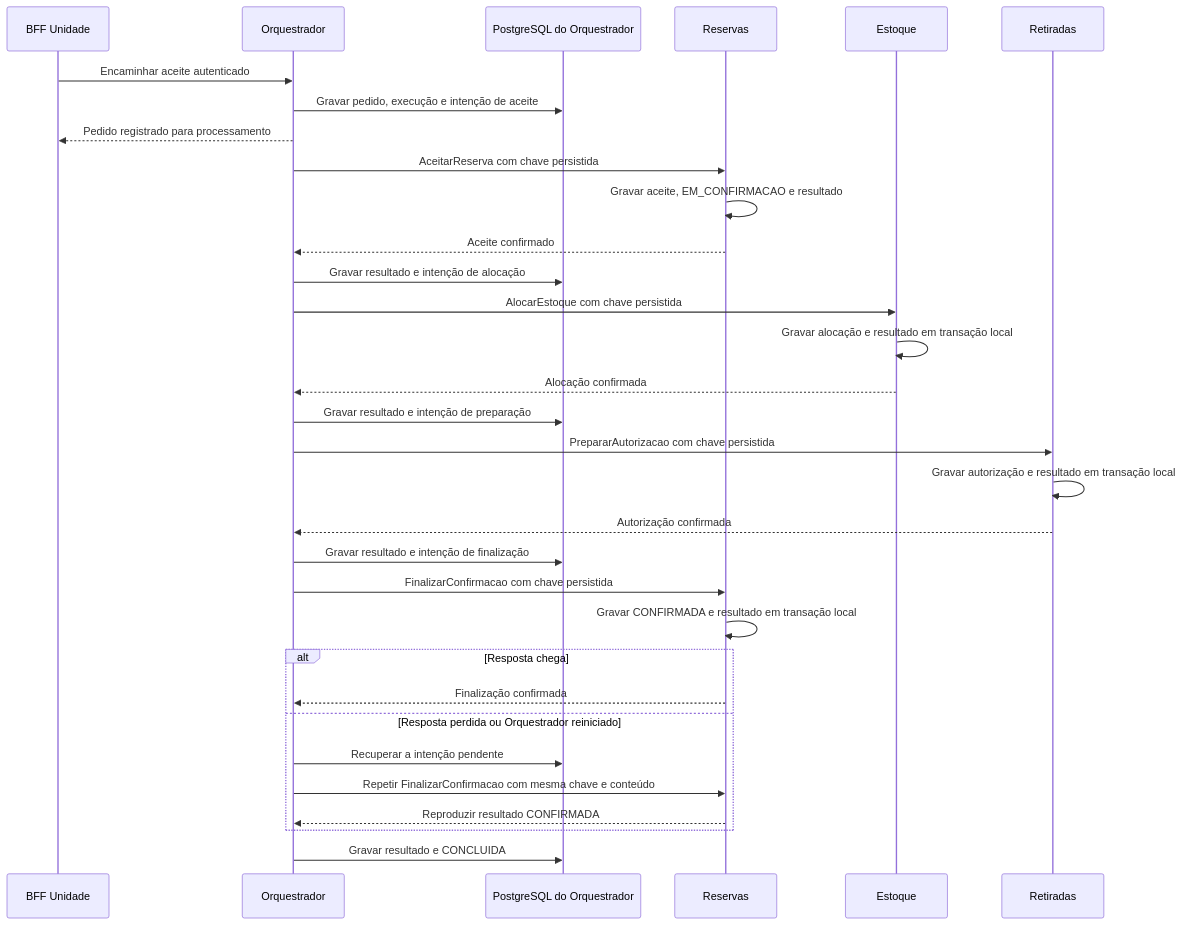
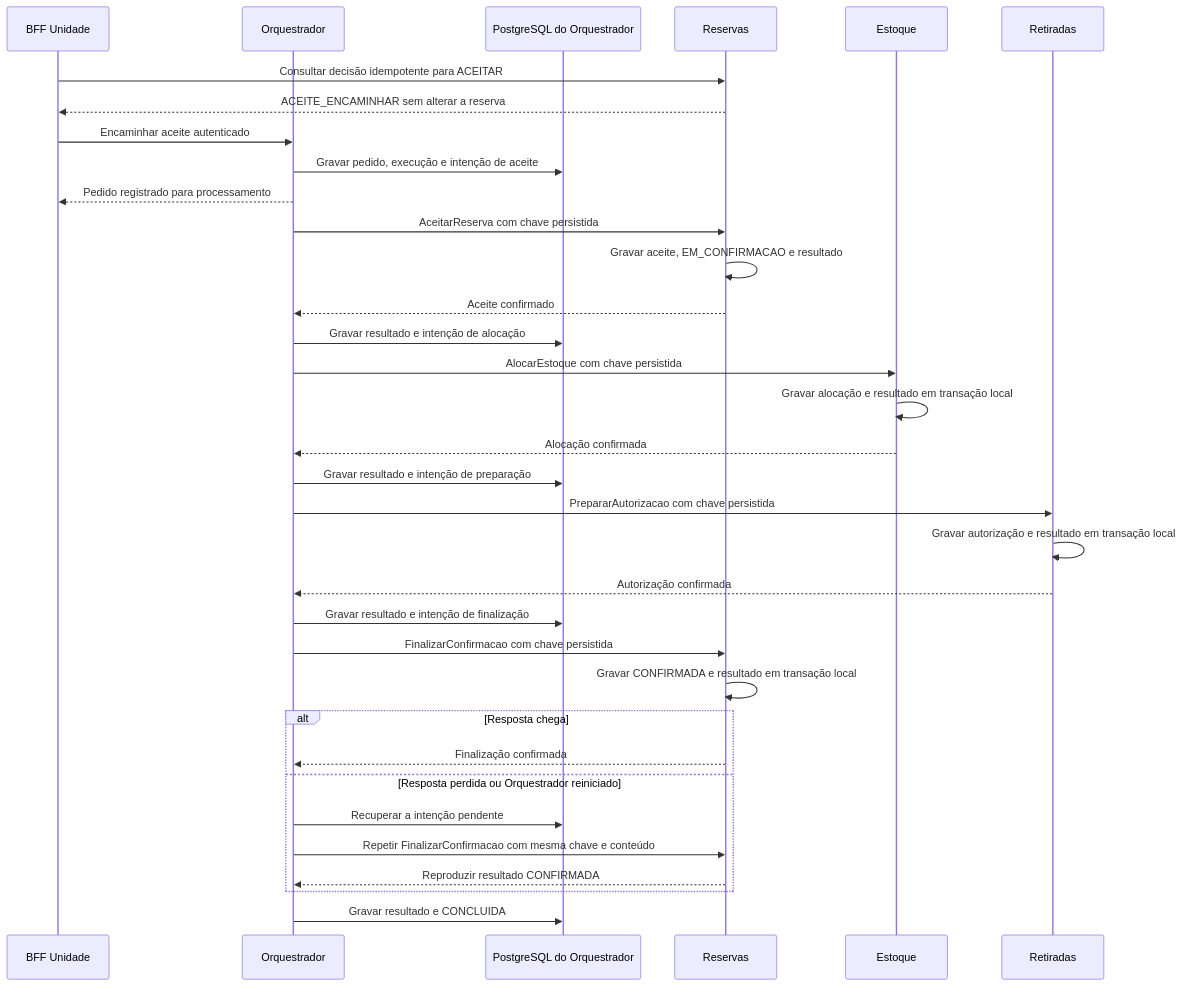
The diagram in docs/parte-2/diagramas/saga-caminho-feliz.md (ArthurDp78/GlicoAcesso), drawn with Mermaid before and after one commit. The commit also changed 12 other files, not shown here.

````diff
--- a/docs/parte-2/diagramas/saga-caminho-feliz.md
+++ b/docs/parte-2/diagramas/saga-caminho-feliz.md
@@ -7,34 +7,36 @@
 ```mermaid
 sequenceDiagram
     participant B as BFF Unidade
     participant O as Orquestrador
     participant DB as PostgreSQL do Orquestrador
     participant R as Reservas
     participant E as Estoque
     participant T as Retiradas
+    B->>R: Consultar decisão idempotente para ACEITAR
+    R-->>B: ACEITE_ENCAMINHAR sem alterar a reserva
     B->>O: Encaminhar aceite autenticado
     O->>DB: Gravar pedido, execução e intenção de aceite
     O-->>B: Pedido registrado para processamento
     O->>R: AceitarReserva com chave persistida
     R->>R: Gravar aceite, EM_CONFIRMACAO e resultado
     R-->>O: Aceite confirmado
     O->>DB: Gravar resultado e intenção de alocação
     O->>E: AlocarEstoque com chave persistida
     E->>E: Gravar alocação e resultado em transação local
     E-->>O: Alocação confirmada
     O->>DB: Gravar resultado e intenção de preparação
     O->>T: PrepararAutorizacao com chave persistida
     T->>T: Gravar autorização e resultado em transação local
     T-->>O: Autorização confirmada
     O->>DB: Gravar resultado e intenção de finalização
     O->>R: FinalizarConfirmacao com chave persistida
     R->>R: Gravar CONFIRMADA e resultado em transação local
     alt Resposta chega
         R-->>O: Finalização confirmada
     else Resposta perdida ou Orquestrador reiniciado
         O->>DB: Recuperar a intenção pendente
         O->>R: Repetir FinalizarConfirmacao com mesma chave e conteúdo
         R-->>O: Reproduzir resultado CONFIRMADA
     end
     O->>DB: Gravar resultado e CONCLUIDA
 ```
````
